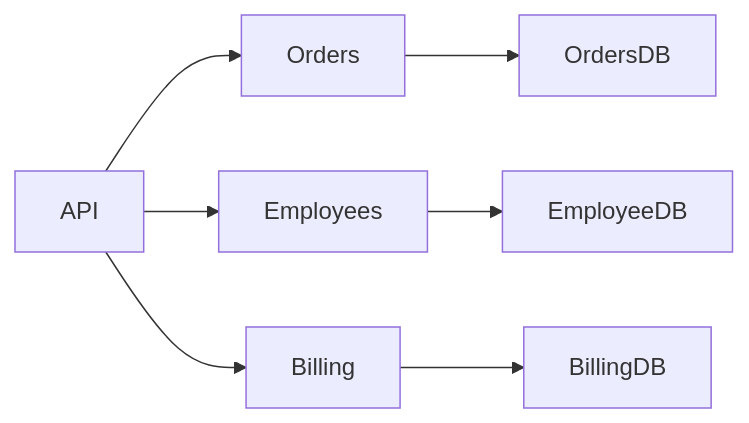
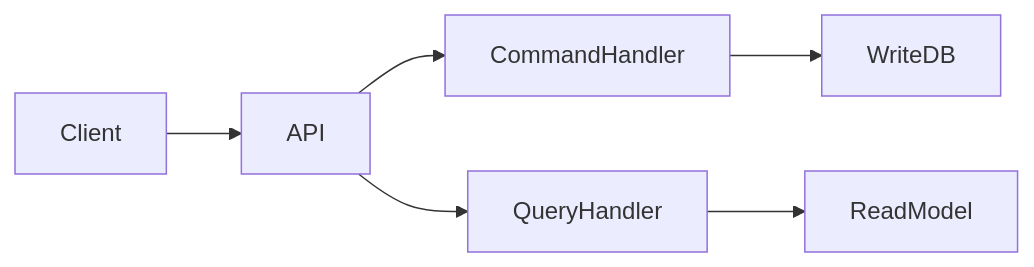
One commit to hakodev2k/Daily-OpenAI changed the first of 4 diagrams in Daily Knowledge Sharing/2026-08-18-1056.md. Above: the diagram before and after it, drawn with Mermaid. The commit also changed other lines of this file, not shown here.

````diff
--- a/Daily Knowledge Sharing/2026-08-18-1056.md
+++ b/Daily Knowledge Sharing/2026-08-18-1056.md
@@ -38,9 +83,8 @@
 ```mermaid
 flowchart LR
-API --> Orders
-API --> Employees
-API --> Billing
-Orders --> OrdersDB
-Employees --> EmployeeDB
-Billing --> BillingDB
+Client --> API
+API --> CommandHandler
+API --> QueryHandler
+CommandHandler --> WriteDB
+QueryHandler --> ReadModel
 ```
````
